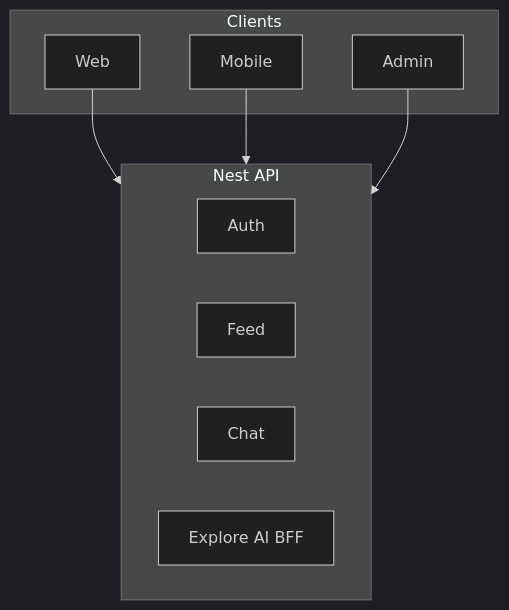
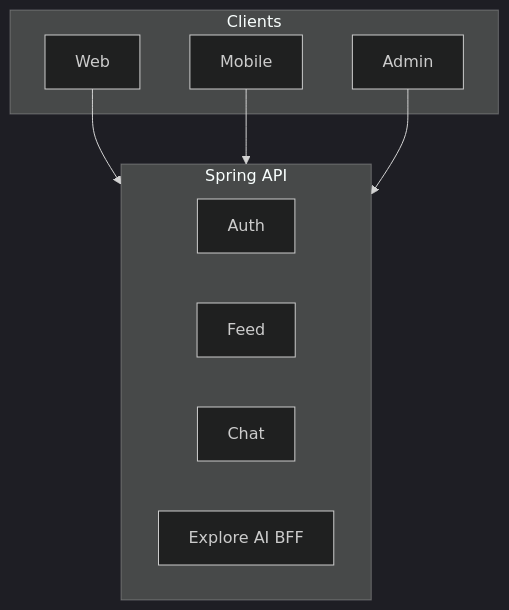
One commit to felixzhu97/explore-chat changed the diagram in docs/Glossary.md. Above: the diagram before and after it, drawn with Mermaid (dark theme). The commit also changed other lines of this file and 1 other file, not shown here.

````diff
--- a/docs/Glossary.md
+++ b/docs/Glossary.md
@@ -50,17 +50,17 @@
 ```mermaid
 flowchart TB
   subgraph clients [Clients]
     Web[Web]
     Mobile[Mobile]
     AdminApp[Admin]
   end
-  subgraph api [Nest API]
+  subgraph api [Spring API]
     Auth
     Feed
     Chat
     ExploreBFF[Explore AI BFF]
   end
   Web --> api
   Mobile --> api
   AdminApp --> api
 ```
````
